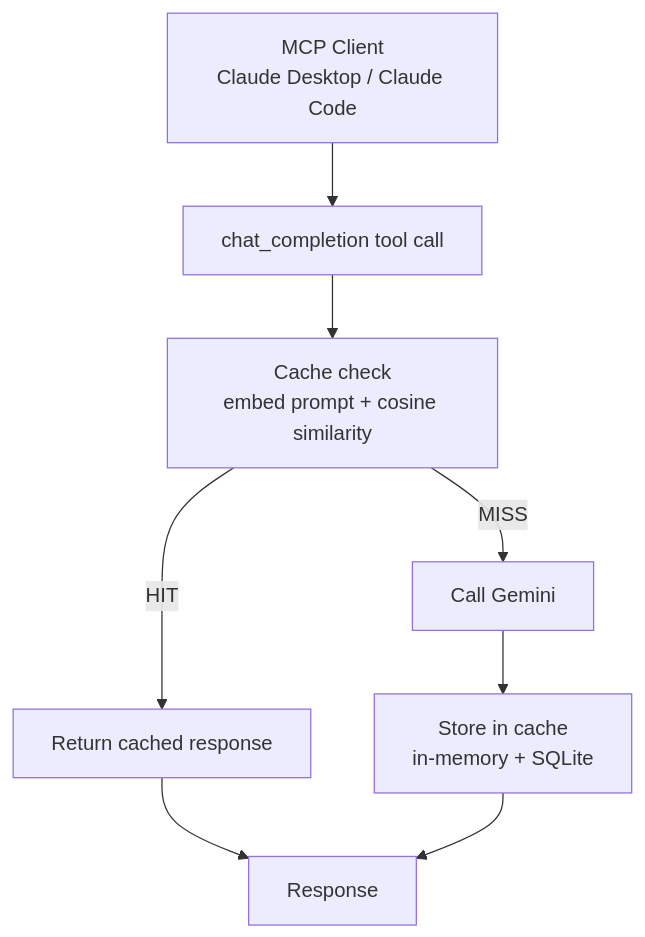
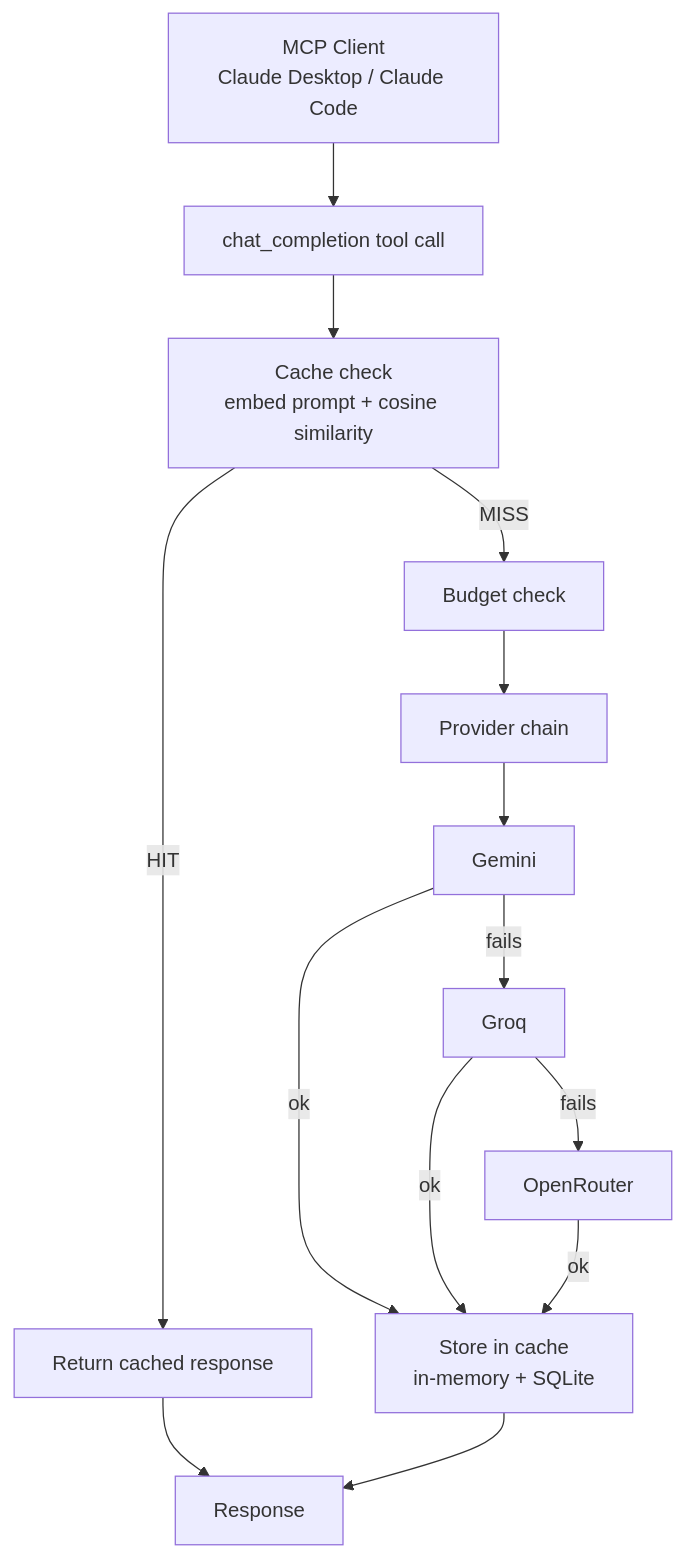
One commit to srj1231/cacheGate changed the diagram in README.md. Above: the diagram before and after it, drawn with Mermaid. The commit also changed other lines of this file, not shown here.

````diff
--- a/README.md
+++ b/README.md
@@ -15,10 +15,16 @@
 ```mermaid
 flowchart TD
     A["MCP Client<br/>Claude Desktop / Claude Code"] --> B["chat_completion tool call"]
     B --> C["Cache check<br/>embed prompt + cosine similarity"]
     C -->|HIT| D["Return cached response"]
-    C -->|MISS| E["Call Gemini"]
-    E --> F["Store in cache<br/>in-memory + SQLite"]
-    D --> G["Response"]
-    F --> G
+    C -->|MISS| E["Budget check"]
+    E --> F["Provider chain"]
+    F --> G["Gemini"]
+    G -->|fails| H["Groq"]
+    H -->|fails| I["OpenRouter"]
+    G -->|ok| J["Store in cache<br/>in-memory + SQLite"]
+    H -->|ok| J
+    I -->|ok| J
+    D --> K["Response"]
+    J --> K
 ```
````
